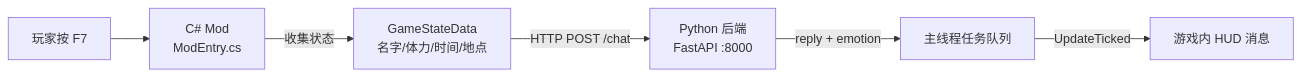
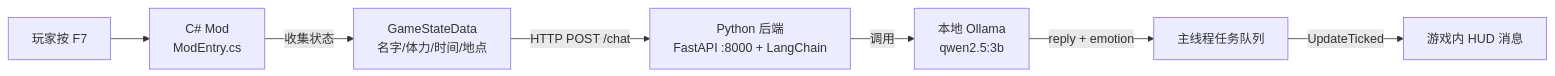
One commit to yunzi233/StardewValley_AI_Companion changed the diagram in README.md. Above: the diagram before and after it, drawn with Mermaid. The commit also changed other lines of this file and 4 other files, not shown here.

````diff
--- a/README.md
+++ b/README.md
@@ -20,8 +20,9 @@
 ```mermaid
 flowchart LR
     A[玩家按 F7] --> B[C# Mod<br/>ModEntry.cs]
     B -->|收集状态| C[GameStateData<br/>名字/体力/时间/地点]
-    C -->|HTTP POST /chat| D[Python 后端<br/>FastAPI :8000]
-    D -->|reply + emotion| E[主线程任务队列]
+    C -->|HTTP POST /chat| D[Python 后端<br/>FastAPI :8000 + LangChain]
+    D -->|调用| D2[本地 Ollama<br/>qwen2.5:3b]
+    D2 -->|reply + emotion| E[主线程任务队列]
     E -->|UpdateTicked| F[游戏内 HUD 消息]
 ```
````
